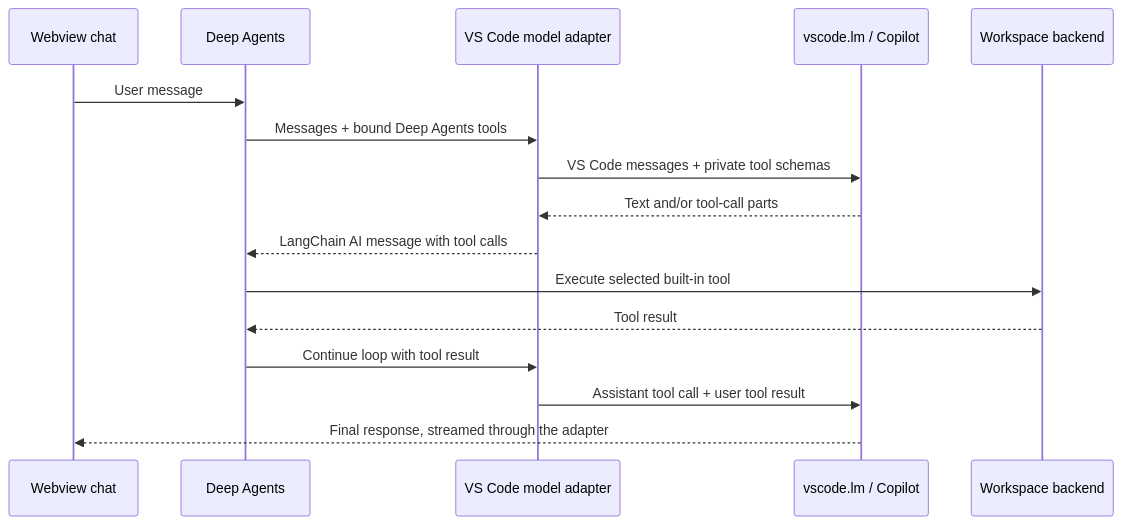
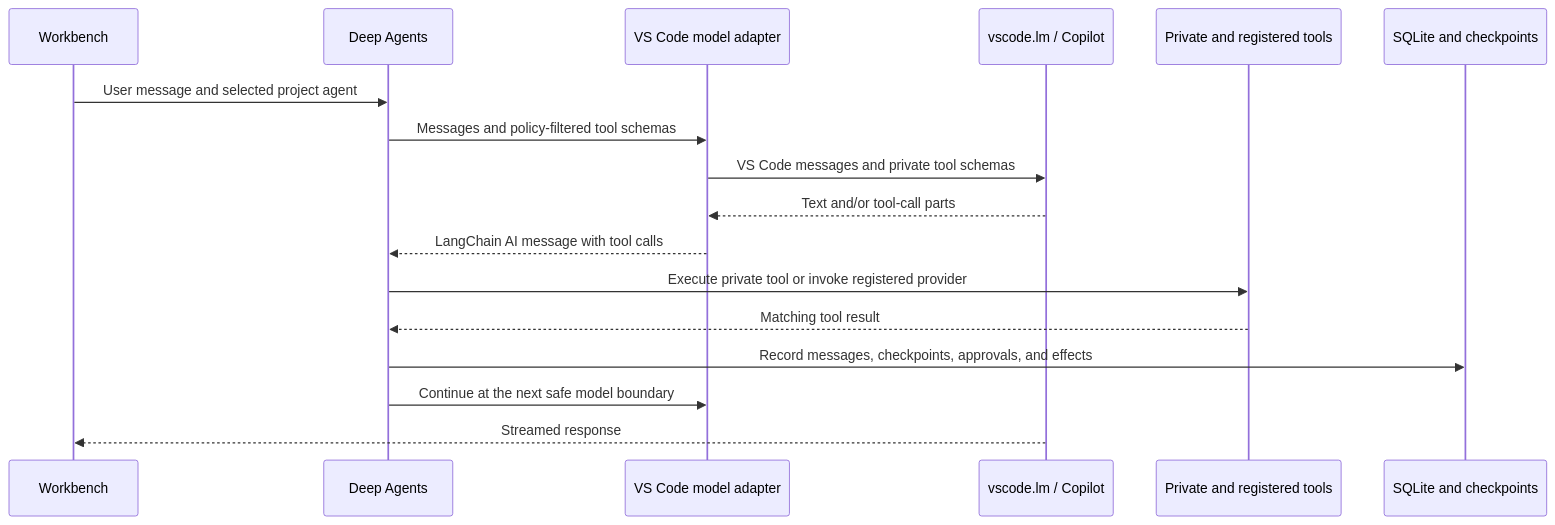
Before and after one commit to r2r0garza/copilot-ui-2: the diagram in README.md, drawn with Mermaid. The commit also changed other lines of this file and 28 other files, not shown here.

````diff
--- a/README.md
+++ b/README.md
@@ -11,19 +11,20 @@
 ```mermaid
 sequenceDiagram
-    participant UI as Webview chat
+    participant UI as Workbench
     participant DA as Deep Agents
     participant Adapter as VS Code model adapter
     participant LM as vscode.lm / Copilot
-    participant FS as Workspace backend
+    participant Tools as Private and registered tools
+    participant Store as SQLite and checkpoints
 
-    UI->>DA: User message
-    DA->>Adapter: Messages + bound Deep Agents tools
-    Adapter->>LM: VS Code messages + private tool schemas
+    UI->>DA: User message and selected project agent
+    DA->>Adapter: Messages and policy-filtered tool schemas
+    Adapter->>LM: VS Code messages and private tool schemas
     LM-->>Adapter: Text and/or tool-call parts
     Adapter-->>DA: LangChain AI message with tool calls
-    DA->>FS: Execute selected built-in tool
-    FS-->>DA: Tool result
-    DA->>Adapter: Continue loop with tool result
-    Adapter->>LM: Assistant tool call + user tool result
-    LM-->>UI: Final response, streamed through the adapter
+    DA->>Tools: Execute private tool or invoke registered provider
+    Tools-->>DA: Matching tool result
+    DA->>Store: Record messages, checkpoints, approvals, and effects
+    DA->>Adapter: Continue at the next safe model boundary
+    LM-->>UI: Streamed response
 ```
````
